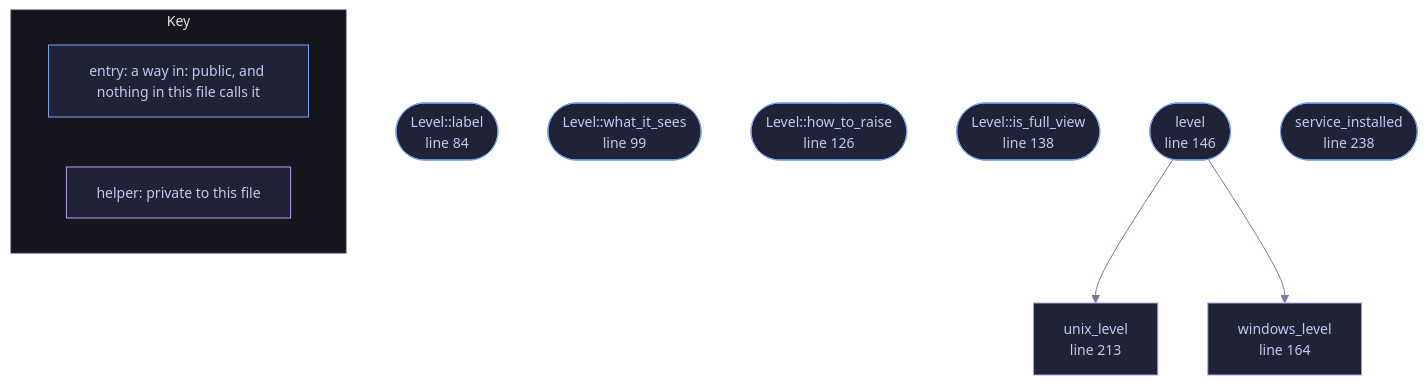
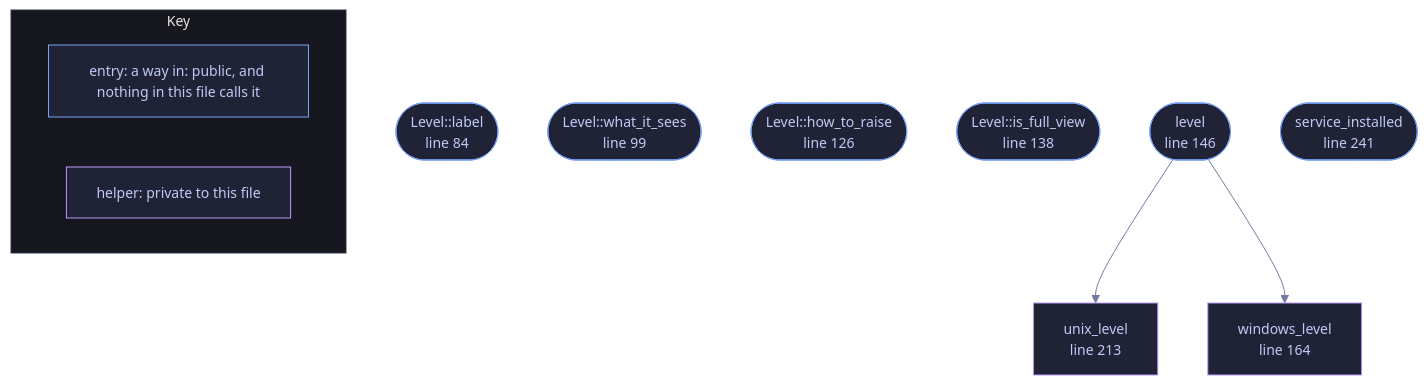
One commit to tilas01/veilvoice changed the diagram in docs/files/veilvoice-watch/privilege.md. Above: the diagram before and after it, drawn with Mermaid. The commit also changed other lines of this file and 514 other files, not shown here.

````diff
--- a/docs/files/veilvoice-watch/privilege.md
+++ b/docs/files/veilvoice-watch/privilege.md
@@ -122,33 +122,33 @@
 ```mermaid
 %%{init: {"theme":"base","themeVariables":{"background":"#1a1b26","primaryColor":"#1f2335","primaryTextColor":"#c0caf5","primaryBorderColor":"#7aa2f7","secondaryColor":"#16161e","tertiaryColor":"#16161e","lineColor":"#737aa2","textColor":"#c0caf5","mainBkg":"#1f2335","nodeBorder":"#7aa2f7","clusterBkg":"#16161e","clusterBorder":"#2f3549","fontFamily":"ui-monospace, SFMono-Regular, Consolas, monospace","fontSize":"14px"}}}%%
 flowchart TD
     n_label(["Level::label<br/>line 84"])
     n_what_it_sees(["Level::what_it_sees<br/>line 99"])
     n_how_to_raise(["Level::how_to_raise<br/>line 126"])
     n_is_full_view(["Level::is_full_view<br/>line 138"])
     n_level(["level<br/>line 146"])
     n_windows_level["windows_level<br/>line 164"]
     n_unix_level["unix_level<br/>line 213"]
-    n_service_installed(["service_installed<br/>line 238"])
+    n_service_installed(["service_installed<br/>line 241"])
     n_level --> n_unix_level
     n_level --> n_windows_level
     click n_label href "https://github.com/tilas01/veilvoice/blob/main/crates/veilvoice-watch/src/privilege.rs#L84" "open the source"
     click n_what_it_sees href "https://github.com/tilas01/veilvoice/blob/main/crates/veilvoice-watch/src/privilege.rs#L99" "open the source"
     click n_how_to_raise href "https://github.com/tilas01/veilvoice/blob/main/crates/veilvoice-watch/src/privilege.rs#L126" "open the source"
     click n_is_full_view href "https://github.com/tilas01/veilvoice/blob/main/crates/veilvoice-watch/src/privilege.rs#L138" "open the source"
     click n_level href "https://github.com/tilas01/veilvoice/blob/main/crates/veilvoice-watch/src/privilege.rs#L146" "open the source"
     click n_windows_level href "https://github.com/tilas01/veilvoice/blob/main/crates/veilvoice-watch/src/privilege.rs#L164" "open the source"
     click n_unix_level href "https://github.com/tilas01/veilvoice/blob/main/crates/veilvoice-watch/src/privilege.rs#L213" "open the source"
-    click n_service_installed href "https://github.com/tilas01/veilvoice/blob/main/crates/veilvoice-watch/src/privilege.rs#L238" "open the source"
+    click n_service_installed href "https://github.com/tilas01/veilvoice/blob/main/crates/veilvoice-watch/src/privilege.rs#L241" "open the source"
     classDef entry fill:#1f2335,stroke:#7aa2f7,color:#c0caf5
     class n_label,n_what_it_sees,n_how_to_raise,n_is_full_view,n_level,n_service_installed entry
     classDef helper fill:#1f2335,stroke:#bb9af7,color:#c0caf5
     class n_windows_level,n_unix_level helper
     subgraph chart_key ["Key"]
         direction LR
         key_entry["entry: a way in: public, and nothing in this file calls it"]
         key_helper["helper: private to this file"]
     end
     class key_entry entry
     class key_helper helper
 ```
````
